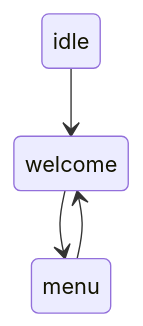
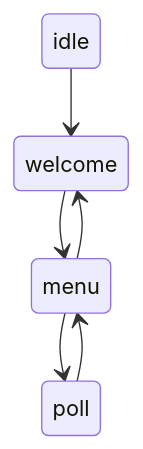
Before and after one commit to moxorama/Telemeister: the diagram in examples/demo-bot/doc/bot-diagram.md, drawn with Mermaid. The commit also changed 10 other files, not shown here.

````diff
--- a/examples/demo-bot/doc/bot-diagram.md
+++ b/examples/demo-bot/doc/bot-diagram.md
@@ -3,6 +3,8 @@
 ```mermaid
 stateDiagram-v2
     idle --> welcome
     welcome --> menu
     menu --> welcome
+    menu --> poll
+    poll --> menu
 ```
````
